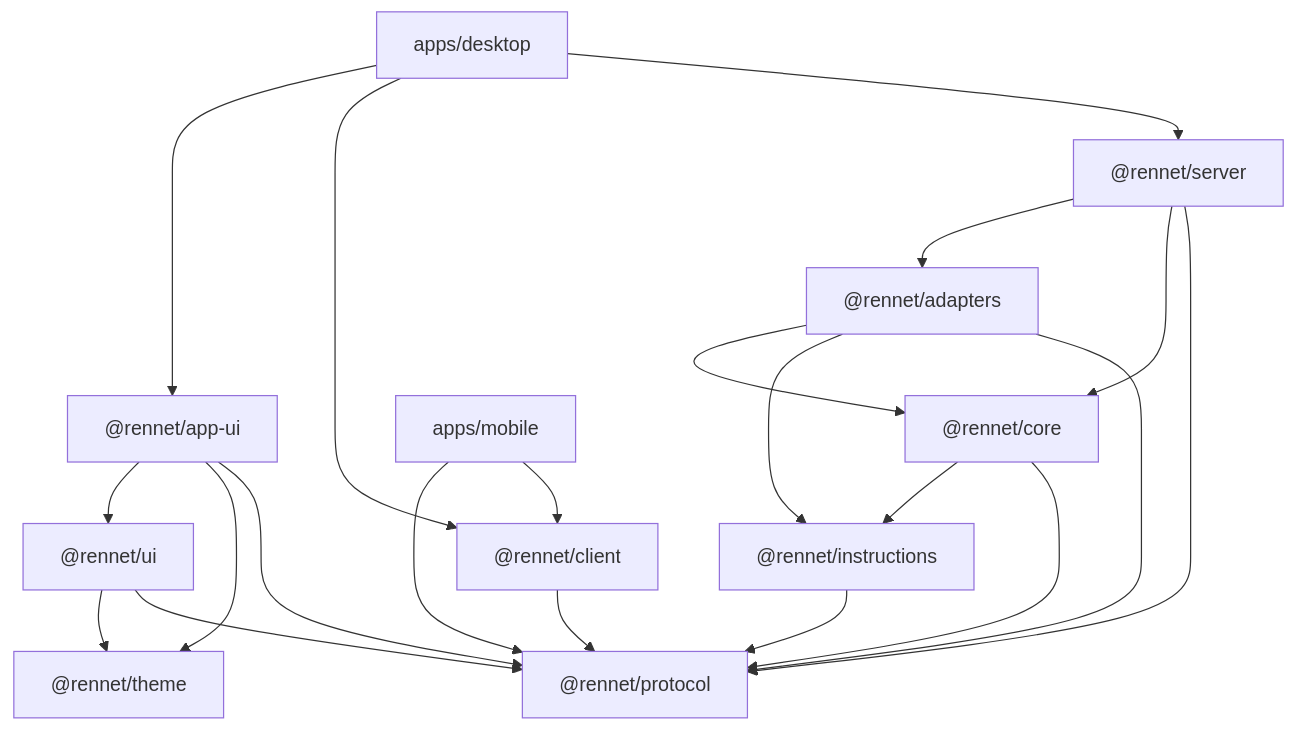
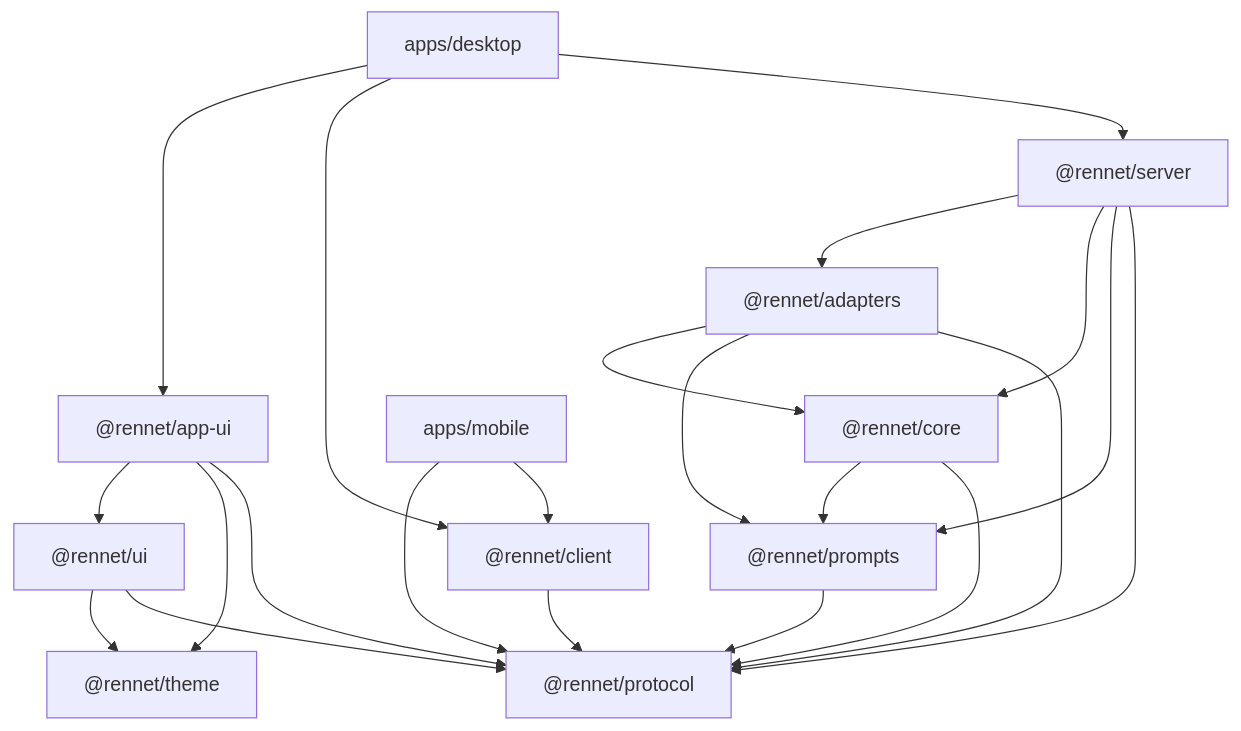
The diagram in docs/developing/guides/repository-bootstrap.md (rbutera/Rennet), drawn with Mermaid before and after one commit. The commit also changed other lines of this file and 17 other files, not shown here.

Commit message:
docs(b2): tasks 8.3-8.5 — repoint instructions→prompts, trim deleted canvas/orchestrator surfaces, rewrite context-assembly (#489)

````diff
--- a/docs/developing/guides/repository-bootstrap.md
+++ b/docs/developing/guides/repository-bootstrap.md
@@ -47,35 +47,36 @@
 ```mermaid
 flowchart TD
   theme["@rennet/theme"]
   protocol["@rennet/protocol"]
-  instructions["@rennet/instructions"]
+  prompts["@rennet/prompts"]
   core["@rennet/core"]
   adapters["@rennet/adapters"]
   server["@rennet/server"]
   client["@rennet/client"]
   ui["@rennet/ui"]
   appui["@rennet/app-ui"]
   desktop["apps/desktop"]
   mobile["apps/mobile"]
 
-  instructions --> protocol
+  prompts --> protocol
   core --> protocol
-  core --> instructions
+  core --> prompts
   adapters --> protocol
-  adapters --> instructions
+  adapters --> prompts
   adapters --> core
   server --> protocol
+  server --> prompts
   server --> core
   server --> adapters
   client --> protocol
   ui --> protocol
   ui --> theme
   appui --> protocol
   appui --> theme
   appui --> ui
   desktop --> server
   desktop --> client
   desktop --> appui
   mobile --> client
   mobile --> protocol
 ```
````
